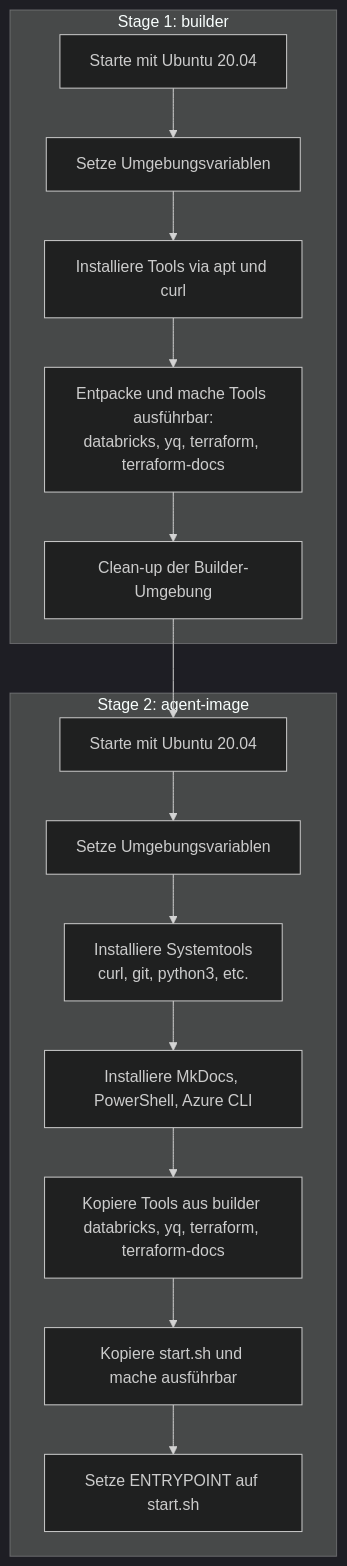
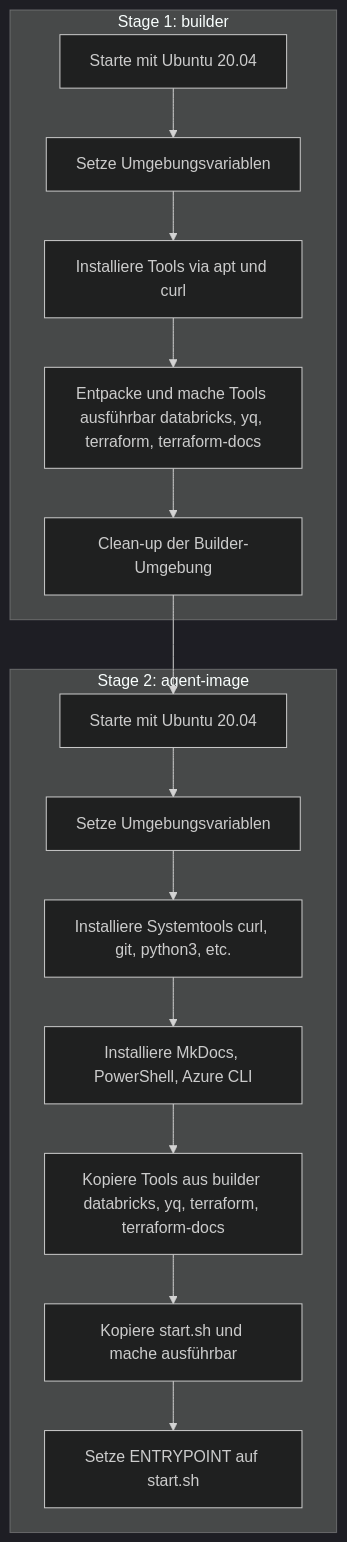
The diagram in docs/Selbstgehostete CI CD Agents/Code.md (zyeiy2/Content_Dokumentation), drawn with Mermaid (dark theme) before and after one commit.

````diff
--- a/docs/Selbstgehostete CI CD Agents/Code.md
+++ b/docs/Selbstgehostete CI CD Agents/Code.md
@@ -272,24 +272,24 @@
 ```mermaid 
 flowchart TD
     subgraph Builder-Stage [Stage 1: builder]
         A1[Starte mit Ubuntu 20.04]
         A2[Setze Umgebungsvariablen]
         A3[Installiere Tools via apt und curl]
-        A4[Entpacke und mache Tools ausführbar:\ndatabricks, yq, terraform, terraform-docs]
+        A4[Entpacke und mache Tools ausführbar databricks, yq, terraform, terraform-docs]
         A5[Clean-up der Builder-Umgebung]
     end
 
     subgraph Final-Stage [Stage 2: agent-image]
         B1[Starte mit Ubuntu 20.04]
         B2[Setze Umgebungsvariablen]
-        B3[Installiere Systemtools\n curl, git, python3, etc.]
+        B3[Installiere Systemtools curl, git, python3, etc.]
         B4[Installiere MkDocs, PowerShell, Azure CLI]
         B5[Kopiere Tools aus builder databricks, yq, terraform, terraform-docs]
         B6[Kopiere start.sh und mache ausführbar]
         B7[Setze ENTRYPOINT auf start.sh]
     end
 
     A1 --> A2 --> A3 --> A4 --> A5
     A5 --> B1
     B1 --> B2 --> B3 --> B4 --> B5 --> B6 --> B7
 ```
````
